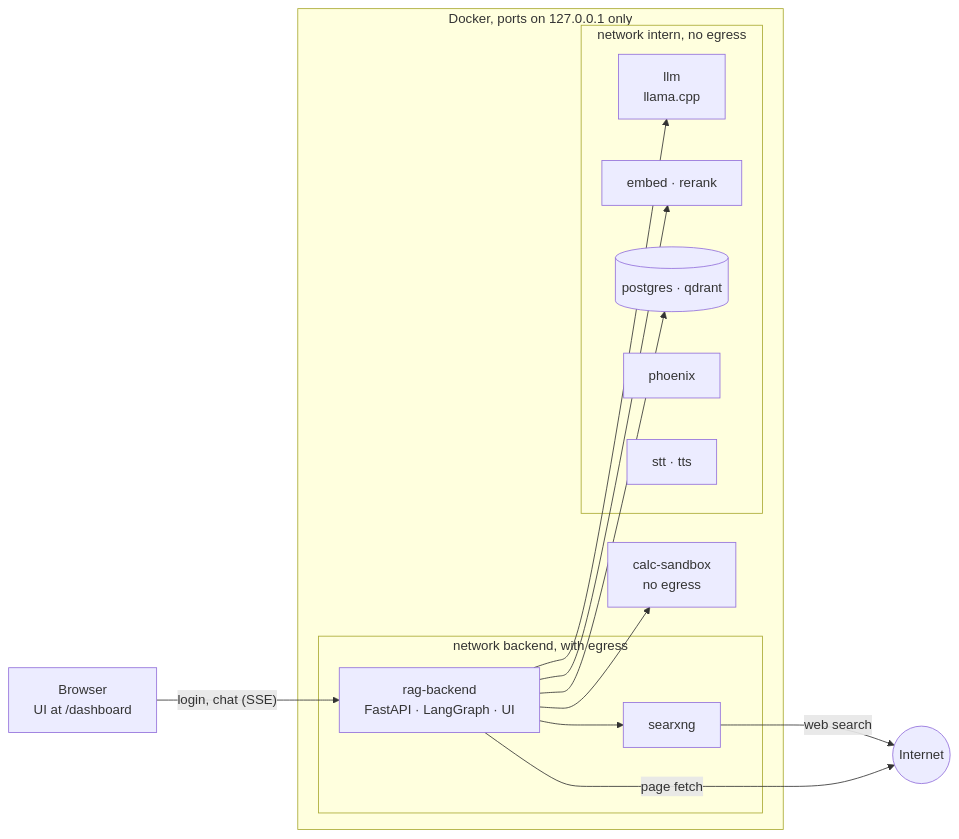
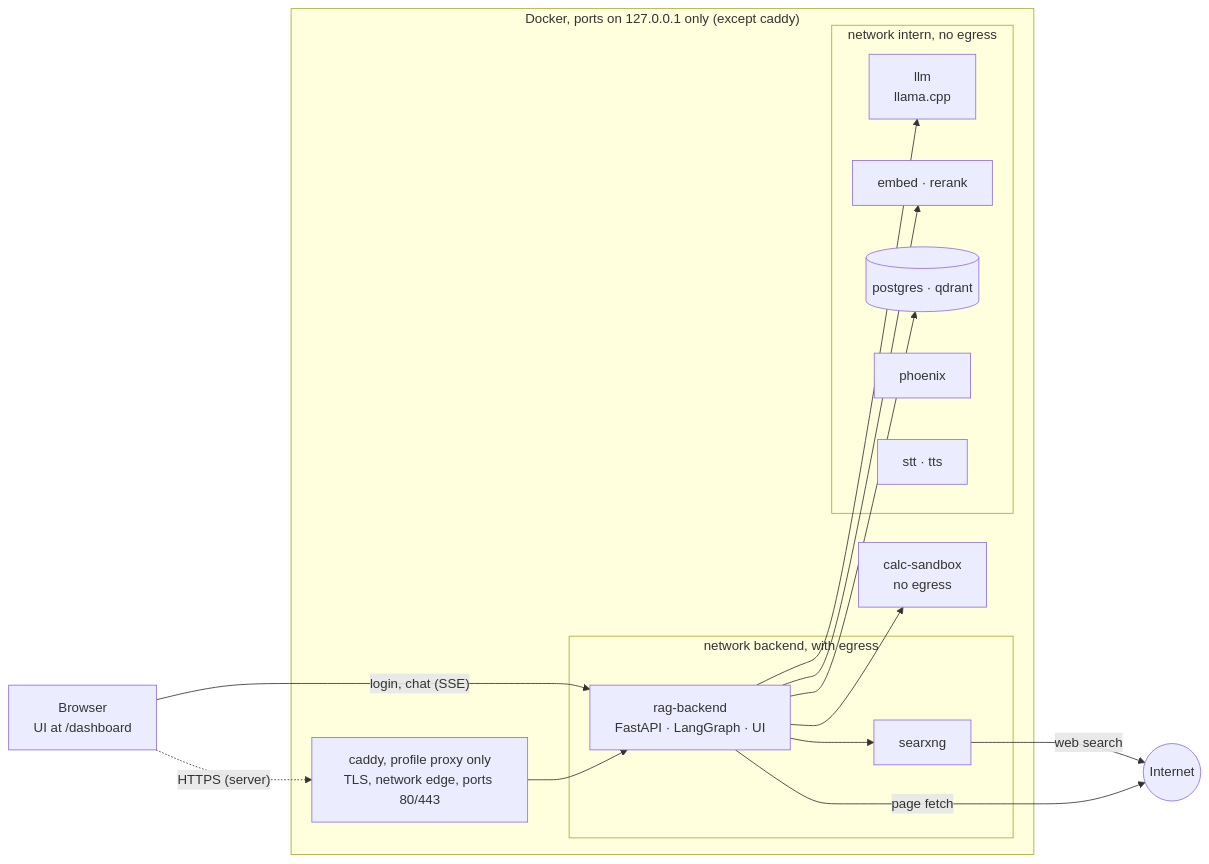
One commit to Donofluziver-dev/Argus changed the diagram in README.md. Above: the diagram before and after it, drawn with Mermaid. The commit also changed other lines of this file and 18 other files, not shown here.

First line of the commit message:
TLS-Proxy als Profil, Ratenlimit je Konto, Proxy-Header nur von vertrauten Adressen

````diff
--- a/README.md
+++ b/README.md
@@ -249,26 +249,29 @@
 ```mermaid
 flowchart LR
   WEB["Browser<br/>UI at /dashboard"]
-  subgraph Docker["Docker, ports on 127.0.0.1 only"]
+  subgraph Docker["Docker, ports on 127.0.0.1 only (except caddy)"]
     subgraph EXT["network backend, with egress"]
       API["rag-backend<br/>FastAPI · LangGraph · UI"]
       SX["searxng"]
     end
     subgraph INT["network intern, no egress"]
       LLM["llm<br/>llama.cpp"]
       EMB["embed · rerank"]
       DB[("postgres · qdrant")]
       PH["phoenix"]
       SP["stt · tts"]
     end
     SB["calc-sandbox<br/>no egress"]
+    CAD["caddy, profile proxy only<br/>TLS, network edge, ports 80/443"]
   end
   WEB -->|"login, chat (SSE)"| API
+  WEB -.->|"HTTPS (server)"| CAD
+  CAD --> API
   API --> LLM
   API --> EMB
   API --> DB
   API --> SB
   API --> SX
   SX -->|web search| NET((Internet))
   API -->|page fetch| NET
 ```
````
